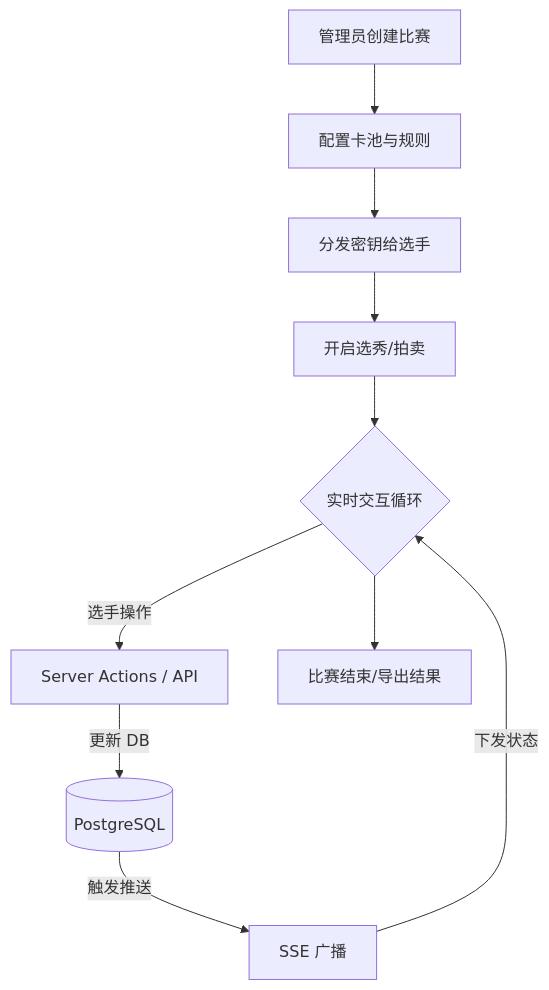
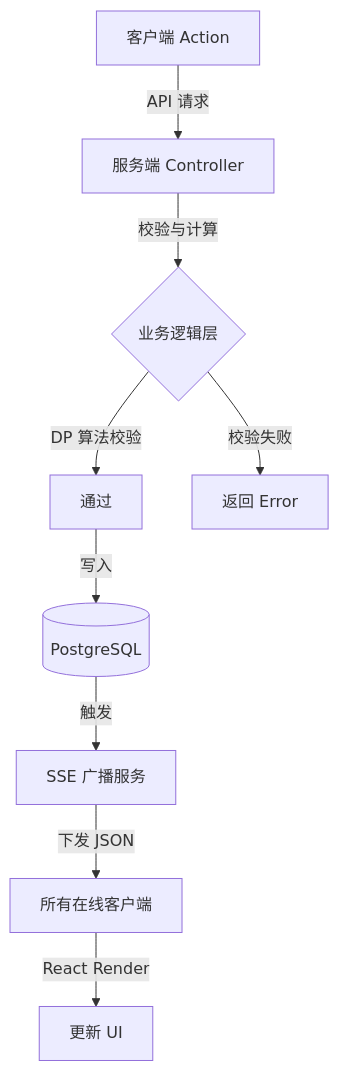
Before and after one commit to xiaolibird/pokemon-draft-system: the diagram in docs/ARCHITECTURE.md, drawn with Mermaid. The commit also changed other lines of this file and 9 other files, not shown here.

````diff
--- a/docs/ARCHITECTURE.md
+++ b/docs/ARCHITECTURE.md
@@ -12,12 +17,11 @@
 ```mermaid
 graph TD
-    A[管理员创建比赛] --> B[配置卡池与规则]
-    B --> C[分发密钥给选手]
-    C --> D[开启选秀/拍卖]
-    D --> E{实时交互循环}
-    E -->|选手操作| F[Server Actions / API]
-    F -->|更新 DB| G[(PostgreSQL)]
-    G -->|触发推送| H[SSE 广播]
-    H -->|下发状态| E
-    E --> I[比赛结束/导出结果]
+    A[客户端 Action] -->|API 请求| B[服务端 Controller]
+    B -->|校验与计算| C{业务逻辑层}
+    C -->|DP 算法校验| D[通过]
+    C -->|校验失败| E[返回 Error]
+    D -->|写入| F[(PostgreSQL)]
+    F -->|触发| G[SSE 广播服务]
+    G -->|下发 JSON| H[所有在线客户端]
+    H -->|React Render| I[更新 UI]
 ```
````
